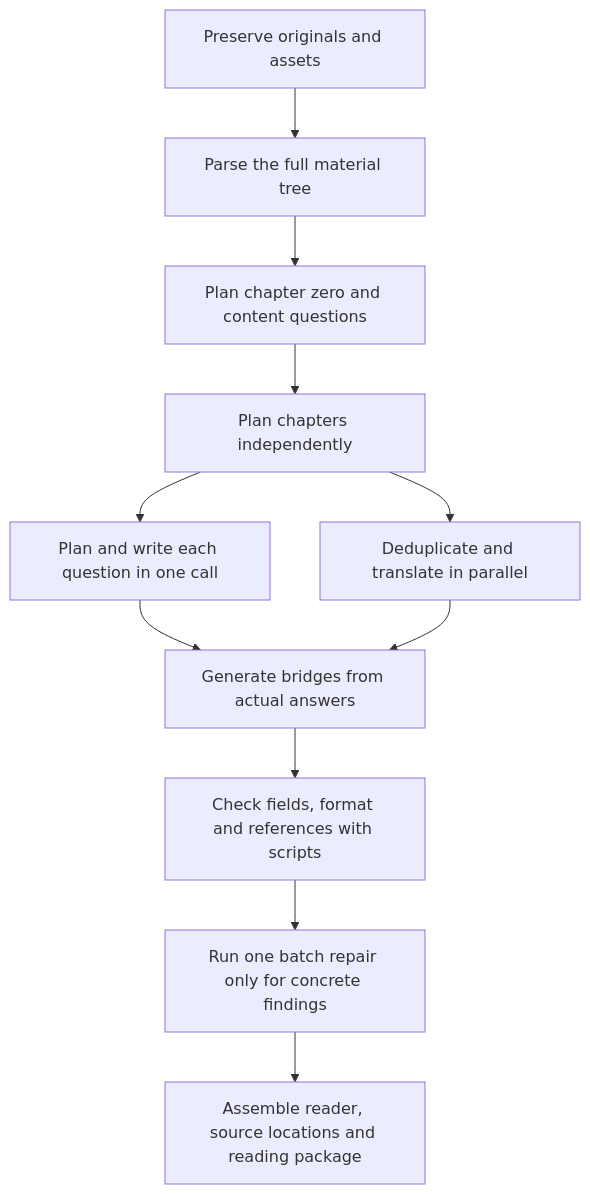
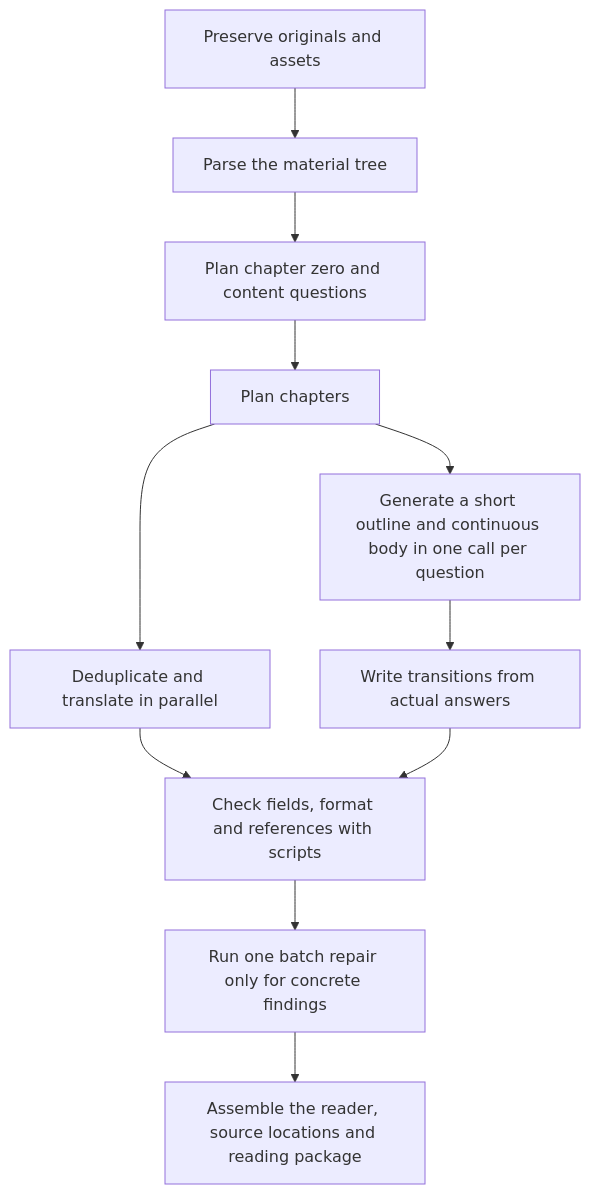
One commit to AIALRA-0/AIALRA-LessonWeave changed the diagram in README.en.md. Above: the diagram before and after it, drawn with Mermaid. The commit also changed other lines of this file and 528 other files, not shown here.

````diff
--- a/README.en.md
+++ b/README.en.md
@@ -45,13 +53,13 @@
 ```mermaid
 flowchart TD
-    A[Preserve originals and assets] --> B[Parse the full material tree]
+    A[Preserve originals and assets] --> B[Parse the material tree]
     B --> C[Plan chapter zero and content questions]
-    C --> D[Plan chapters independently]
-    D --> E[Plan and write each question in one call]
+    C --> D[Plan chapters]
+    D --> E[Generate a short outline and continuous body in one call per question]
     D --> T[Deduplicate and translate in parallel]
-    E --> F[Generate bridges from actual answers]
-    T --> F
-    F --> G[Check fields, format and references with scripts]
+    E --> F[Write transitions from actual answers]
+    T --> G[Check fields, format and references with scripts]
+    F --> G
     G --> H[Run one batch repair only for concrete findings]
-    H --> I[Assemble reader, source locations and reading package]
+    H --> I[Assemble the reader, source locations and reading package]
 ```
````
